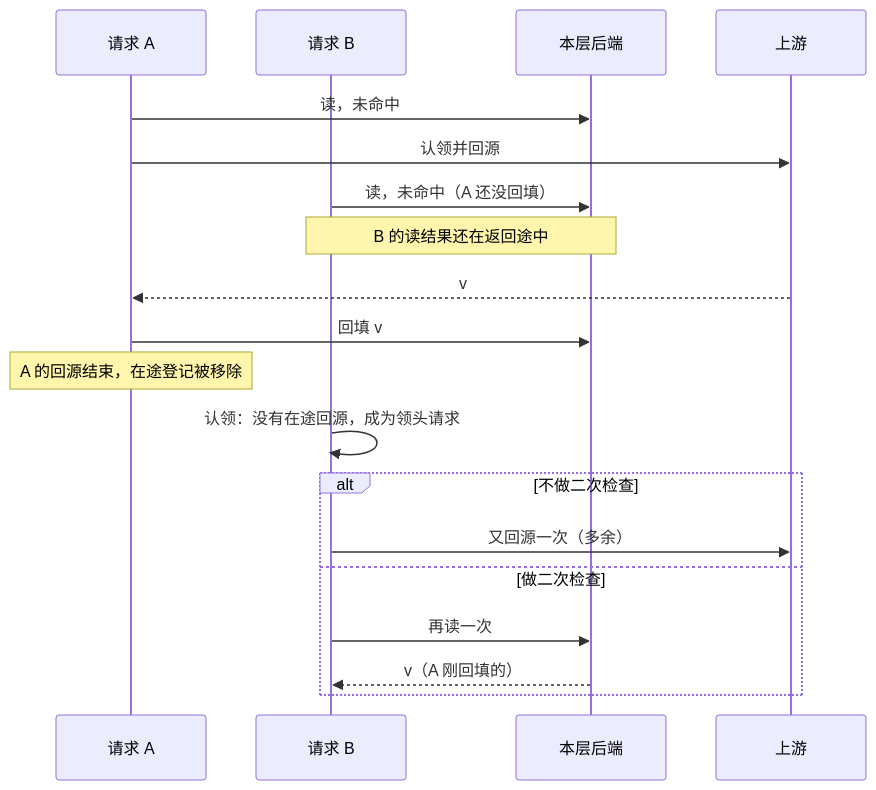
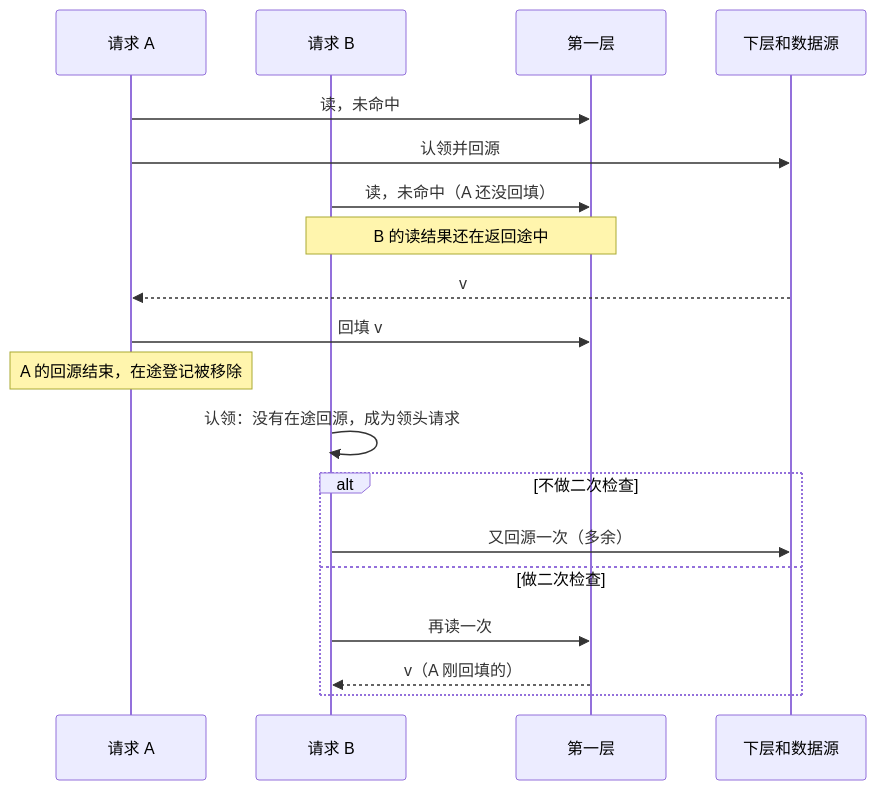
One commit to theplant/cachex changed the third of 4 diagrams in docs/design/read-path.md. Above: the diagram before and after it, drawn with Mermaid. The commit also changed other lines of this file and 19 other files, not shown here.

````diff
--- a/docs/design/read-path.md
+++ b/docs/design/read-path.md
@@ -98,21 +109,21 @@
 ```mermaid
 sequenceDiagram
     participant A as 请求 A
     participant B as 请求 B
-    participant L as 本层后端
-    participant U as 上游
+    participant L as 第一层
+    participant S as 下层和数据源
     A->>L: 读，未命中
-    A->>U: 认领并回源
+    A->>S: 认领并回源
     B->>L: 读，未命中（A 还没回填）
     Note over B,L: B 的读结果还在返回途中
-    U-->>A: v
+    S-->>A: v
     A->>L: 回填 v
     Note over A: A 的回源结束，在途登记被移除
     B->>B: 认领：没有在途回源，成为领头请求
     alt 不做二次检查
-        B->>U: 又回源一次（多余）
+        B->>S: 又回源一次（多余）
     else 做二次检查
         B->>L: 再读一次
         L-->>B: v（A 刚回填的）
     end
 ```
````
